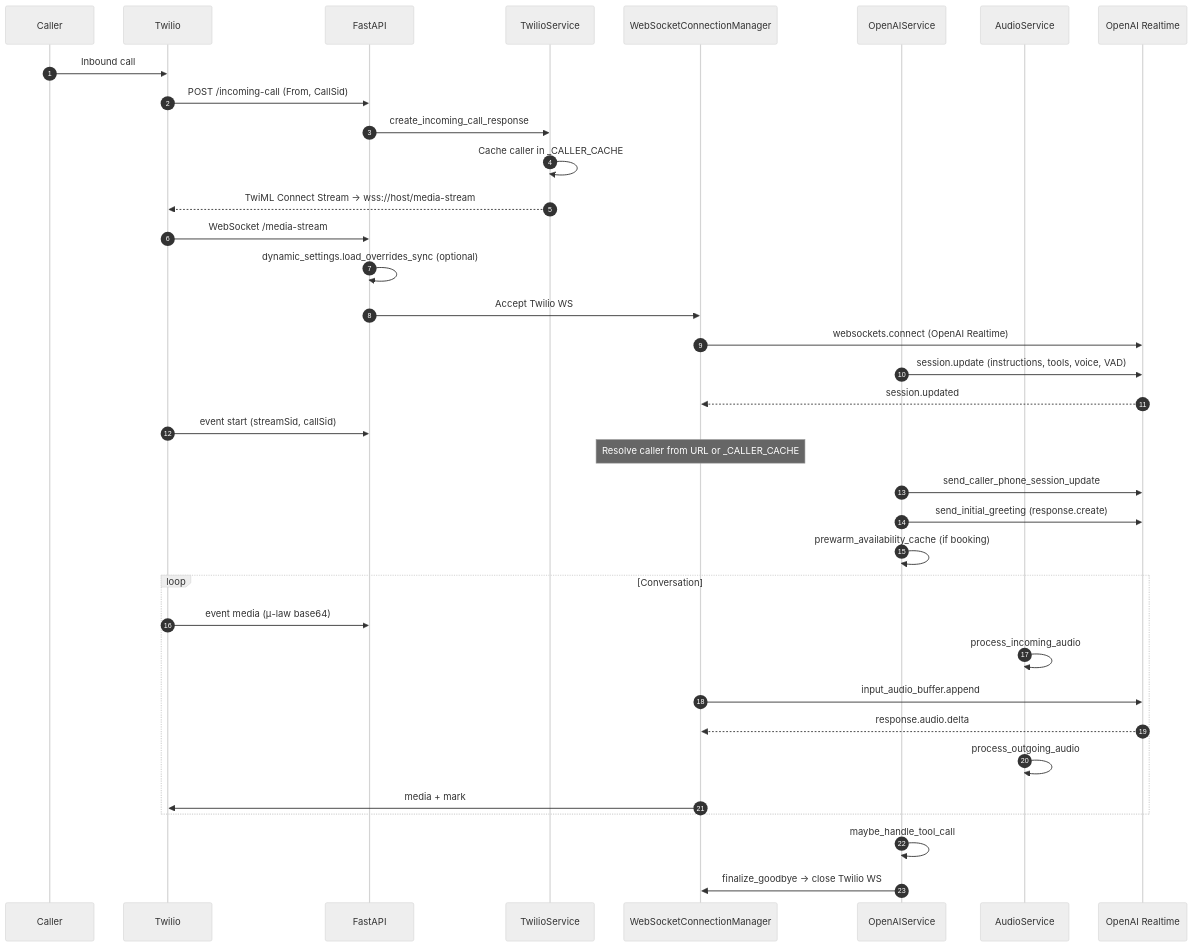
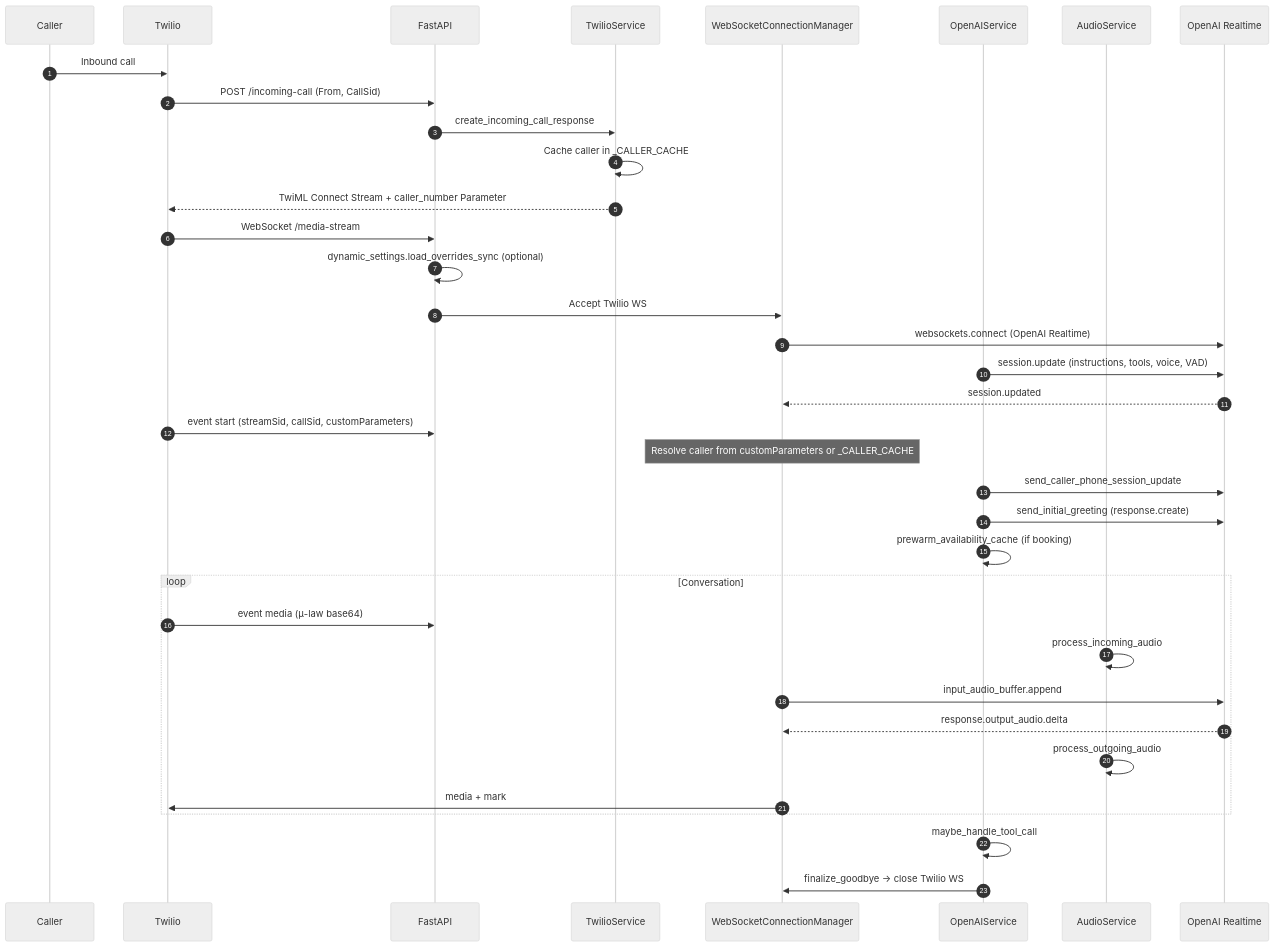
The second of 22 diagrams in docs/DIAGRAMS.md (aymalkhalid/Starter-Agent-InBound-OutBound-Twilio-Speech-Assistant-OpenAi-Realtime-Api-Python), drawn with Mermaid (neutral theme) before and after one commit. The commit also changed other lines of this file and 22 other files, not shown here.

First line of the commit message:
Align Realtime/Twilio contracts and harden end-call goodbye flow.

````diff
--- a/docs/DIAGRAMS.md
+++ b/docs/DIAGRAMS.md
@@ -101,43 +101,43 @@
 ```mermaid
 sequenceDiagram
     autonumber
     participant C as Caller
     participant T as Twilio
     participant F as FastAPI
     participant TS as TwilioService
     participant WCM as WebSocketConnectionManager
     participant OS as OpenAIService
     participant AS as AudioService
     participant O as OpenAI Realtime
 
     C->>T: Inbound call
     T->>F: POST /incoming-call (From, CallSid)
     F->>TS: create_incoming_call_response
     TS->>TS: Cache caller in _CALLER_CACHE
-    TS-->>T: TwiML Connect Stream → wss://host/media-stream
+    TS-->>T: TwiML Connect Stream + caller_number Parameter
     T->>F: WebSocket /media-stream
 
     F->>F: dynamic_settings.load_overrides_sync (optional)
     F->>WCM: Accept Twilio WS
     WCM->>O: websockets.connect (OpenAI Realtime)
     OS->>O: session.update (instructions, tools, voice, VAD)
     O-->>WCM: session.updated
 
-    T->>F: event start (streamSid, callSid)
-    Note over WCM: Resolve caller from URL or _CALLER_CACHE
+    T->>F: event start (streamSid, callSid, customParameters)
+    Note over WCM: Resolve caller from customParameters or _CALLER_CACHE
     OS->>O: send_caller_phone_session_update
     OS->>O: send_initial_greeting (response.create)
     OS->>OS: prewarm_availability_cache (if booking)
 
     loop Conversation
         T->>F: event media (μ-law base64)
         AS->>AS: process_incoming_audio
         WCM->>O: input_audio_buffer.append
-        O-->>WCM: response.audio.delta
+        O-->>WCM: response.output_audio.delta
         AS->>AS: process_outgoing_audio
         WCM->>T: media + mark
     end
 
     OS->>OS: maybe_handle_tool_call
     OS->>WCM: finalize_goodbye → close Twilio WS
 ```
````
